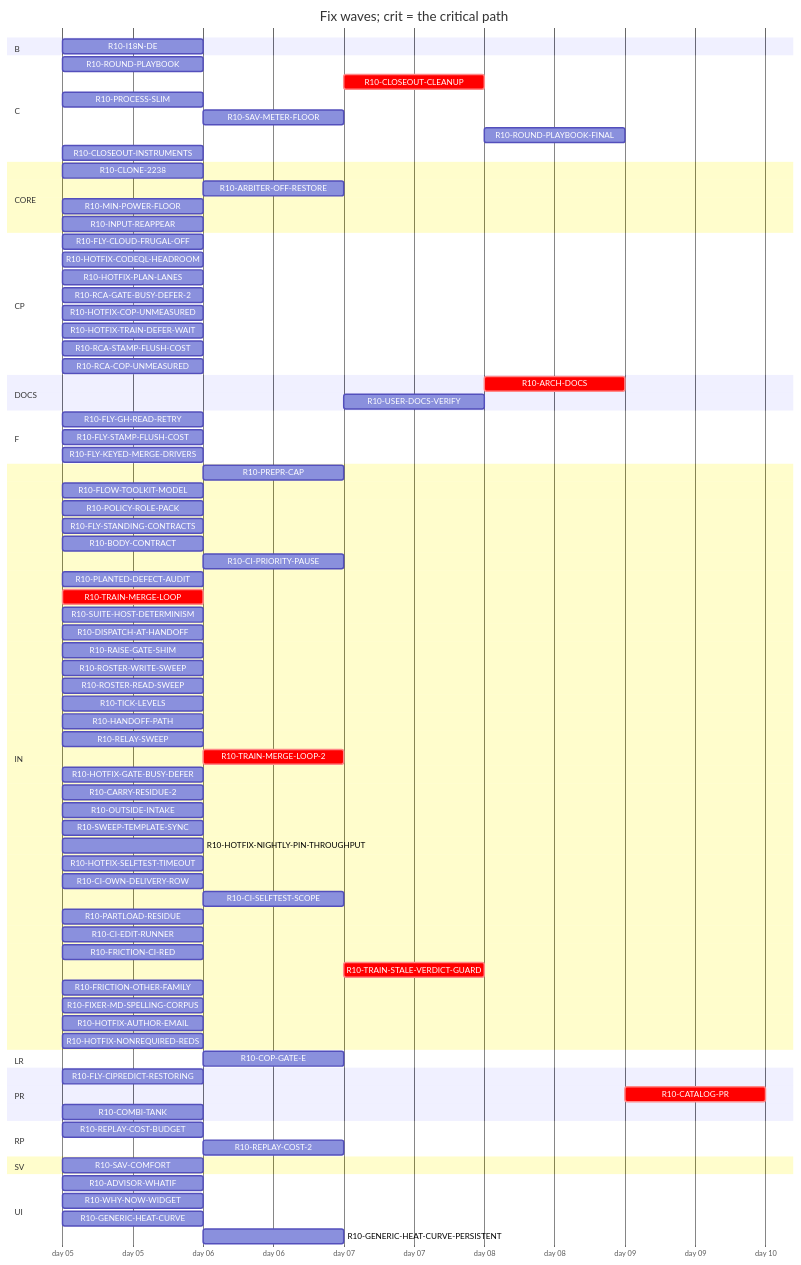
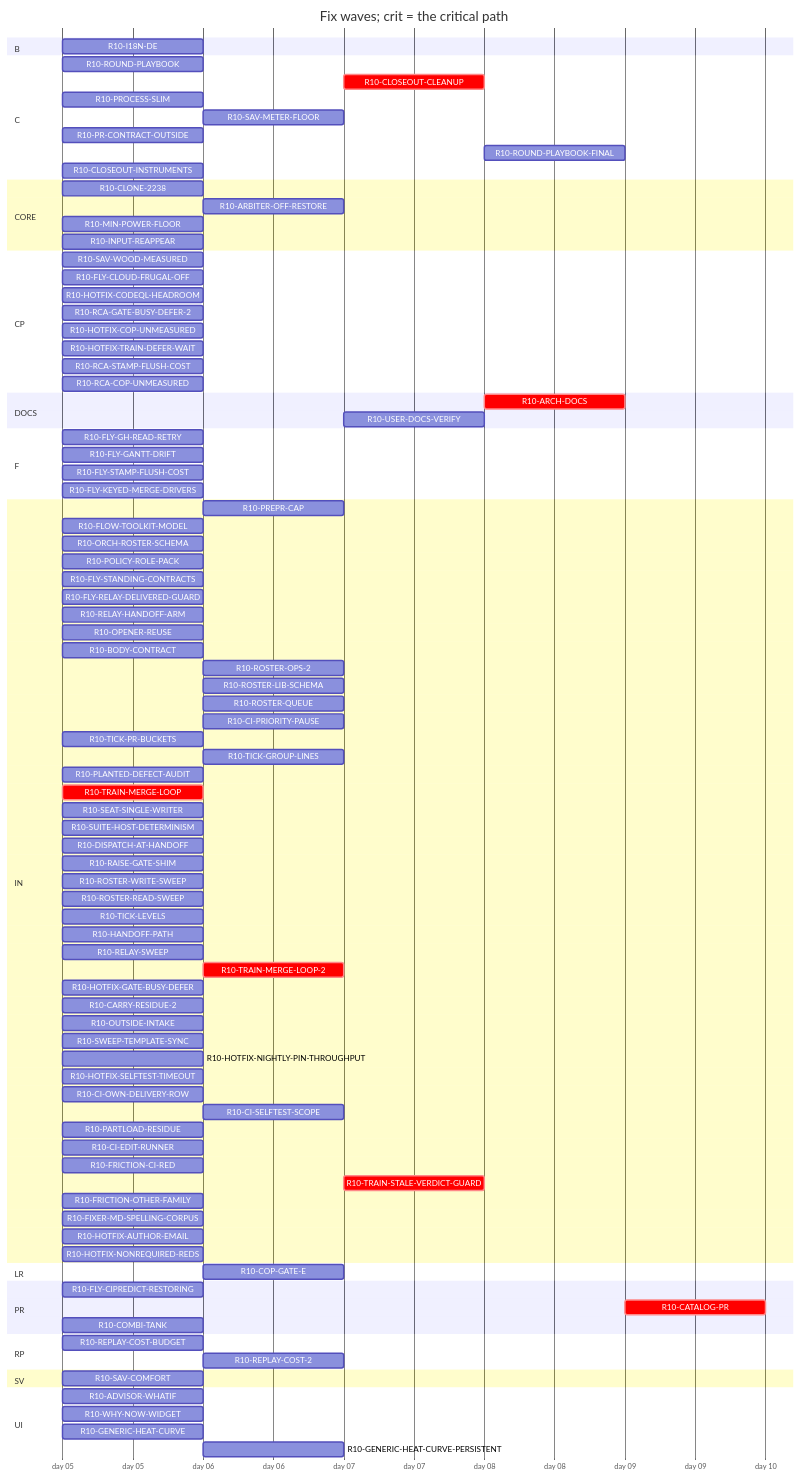
One commit to tvofi/heatpump_optimizer changed the diagram in handoff/round10/state/PLAN-TABLE.md. Above: the diagram before and after it, drawn with Mermaid. The commit also changed other lines of this file and 3 other files, not shown here.

Commit message:
state: FLOW-BOARD.md, NEXT-SESSION-PROMPT.md, PLAN-TABLE.md, RESUME-CURRENT.md regenerated (state_docs.py)

```diff
--- a/handoff/round10/state/PLAN-TABLE.md
+++ b/handoff/round10/state/PLAN-TABLE.md
@@ -34,7 +34,8 @@
     R10-CLOSEOUT-CLEANUP :crit, r10CLOSEOUTCLEANUP, after r10ARCHDOCS r10USERDOCSVERIFY r10ROUNDPLAYBOOKFINAL r10CLOSEOUTINSTRUMENTS r10RCAGATEBUSYDEFER2 r10RCASTAMPFLUSHCOST r10RCACOPUNMEASURED r10FRICTIONCIRED r10FRICTIONOTHERFAMILY, 1d
     R10-PROCESS-SLIM :r10PROCESSSLIM, 2026-01-05, 1d
     R10-SAV-METER-FLOOR :r10SAVMETERFLOOR, after r10SAVCOMFORT, 1d
-    R10-ROUND-PLAYBOOK-FINAL :r10ROUNDPLAYBOOKFINAL, after r10PREPRCAP r10HANDOFFPATH r10RELAYSWEEP r10TRAINMERGELOOP r10DISPATCHATHANDOFF r10BODYCONTRACT r10TICKLEVELS r10CIPRIORITYPAUSE r10ROSTERWRITESWEEP r10ROSTERREADSWEEP r10FLYSTANDINGCONTRACTS r10POLICYROLEPACK r10FLOWTOOLKITMODEL r10FLYCIPREDICTRESTORING r10RAISEGATESHIM r10PLANTEDDEFECTAUDIT r10FLYGHREADRETRY r10SUITEHOSTDETERMINISM r10ROUNDPLAYBOOK r10PROCESSSLIM r10TRAINMERGELOOP2 r10HOTFIXGATEBUSYDEFER r10CARRYRESIDUE2 r10REPLAYCOST2 r10HOTFIXCODEQLHEADROOM r10OUTSIDEINTAKE r10HOTFIXPLANLANES r10SWEEPTEMPLATESYNC r10HOTFIXNIGHTLYPINTHROUGHPUT r10HOTFIXSELFTESTTIMEOUT r10FLYSTAMPFLUSHCOST r10HOTFIXTRAINDEFERWAIT r10CIOWNDELIVERYROW r10CISELFTESTSCOPE r10CIEDITRUNNER r10TRAINSTALEVERDICTGUARD r10CLOSEOUTINSTRUMENTS r10FRICTIONCIRED r10FRICTIONOTHERFAMILY r10FIXERMDSPELLINGCORPUS, 1d
+    R10-PR-CONTRACT-OUTSIDE :r10PRCONTRACTOUTSIDE, 2026-01-05, 1d
+    R10-ROUND-PLAYBOOK-FINAL :r10ROUNDPLAYBOOKFINAL, after r10PREPRCAP r10HANDOFFPATH r10RELAYSWEEP r10TRAINMERGELOOP r10DISPATCHATHANDOFF r10BODYCONTRACT r10TICKLEVELS r10CIPRIORITYPAUSE r10ROSTERWRITESWEEP r10ROSTERREADSWEEP r10FLYSTANDINGCONTRACTS r10POLICYROLEPACK r10FLOWTOOLKITMODEL r10FLYCIPREDICTRESTORING r10RAISEGATESHIM r10PLANTEDDEFECTAUDIT r10FLYGHREADRETRY r10SUITEHOSTDETERMINISM r10ROUNDPLAYBOOK r10PROCESSSLIM r10TRAINMERGELOOP2 r10HOTFIXGATEBUSYDEFER r10CARRYRESIDUE2 r10REPLAYCOST2 r10HOTFIXCODEQLHEADROOM r10OUTSIDEINTAKE r10SWEEPTEMPLATESYNC r10HOTFIXNIGHTLYPINTHROUGHPUT r10HOTFIXSELFTESTTIMEOUT r10FLYSTAMPFLUSHCOST r10HOTFIXTRAINDEFERWAIT r10CIOWNDELIVERYROW r10CISELFTESTSCOPE r10CIEDITRUNNER r10TRAINSTALEVERDICTGUARD r10CLOSEOUTINSTRUMENTS r10FRICTIONCIRED r10FRICTIONOTHERFAMILY r10FIXERMDSPELLINGCORPUS, 1d
     R10-CLOSEOUT-INSTRUMENTS :r10CLOSEOUTINSTRUMENTS, 2026-01-05, 1d
   section CORE
     R10-CLONE-2238 :r10CLONE2238, 2026-01-05, 1d
@@ -42,30 +43,41 @@
     R10-MIN-POWER-FLOOR :r10MINPOWERFLOOR, 2026-01-05, 1d
     R10-INPUT-REAPPEAR :r10INPUTREAPPEAR, 2026-01-05, 1d
   section CP
+    R10-SAV-WOOD-MEASURED :r10SAVWOODMEASURED, 2026-01-05, 1d
     R10-FLY-CLOUD-FRUGAL-OFF :r10FLYCLOUDFRUGALOFF, 2026-01-05, 1d
     R10-HOTFIX-CODEQL-HEADROOM :r10HOTFIXCODEQLHEADROOM, 2026-01-05, 1d
-    R10-HOTFIX-PLAN-LANES :r10HOTFIXPLANLANES, 2026-01-05, 1d
     R10-RCA-GATE-BUSY-DEFER-2 :r10RCAGATEBUSYDEFER2, 2026-01-05, 1d
     R10-HOTFIX-COP-UNMEASURED :r10HOTFIXCOPUNMEASURED, 2026-01-05, 1d
     R10-HOTFIX-TRAIN-DEFER-WAIT :r10HOTFIXTRAINDEFERWAIT, 2026-01-05, 1d
     R10-RCA-STAMP-FLUSH-COST :r10RCASTAMPFLUSHCOST, 2026-01-05, 1d
     R10-RCA-COP-UNMEASURED :r10RCACOPUNMEASURED, 2026-01-05, 1d
   section DOCS
-    R10-ARCH-DOCS :crit, r10ARCHDOCS, after r10CLONE2238 r10SAVCOMFORT r10WHYNOWWIDGET r10ADVISORWHATIF r10REPLAYCOSTBUDGET r10PREPRCAP r10HANDOFFPATH r10RELAYSWEEP r10TRAINMERGELOOP r10DISPATCHATHANDOFF r10BODYCONTRACT r10TICKLEVELS r10CIPRIORITYPAUSE r10ROSTERWRITESWEEP r10ROSTERREADSWEEP r10FLYSTANDINGCONTRACTS r10POLICYROLEPACK r10FLOWTOOLKITMODEL r10FLYCIPREDICTRESTORING r10RAISEGATESHIM r10PLANTEDDEFECTAUDIT r10FLYGHREADRETRY r10SUITEHOSTDETERMINISM r10PROCESSSLIM r10SAVMETERFLOOR r10HOTFIXCOPUNMEASURED r10COPGATEE r10PARTLOADRESIDUE r10I18NDE r10GENERICHEATCURVE r10GENERICHEATCURVEPERSISTENT r10ARBITEROFFRESTORE r10TRAINMERGELOOP2 r10HOTFIXGATEBUSYDEFER r10CARRYRESIDUE2 r10REPLAYCOST2 r10HOTFIXCODEQLHEADROOM r10OUTSIDEINTAKE r10HOTFIXPLANLANES r10SWEEPTEMPLATESYNC r10HOTFIXNIGHTLYPINTHROUGHPUT r10HOTFIXSELFTESTTIMEOUT r10FLYSTAMPFLUSHCOST r10HOTFIXTRAINDEFERWAIT r10CIOWNDELIVERYROW r10CISELFTESTSCOPE r10CIEDITRUNNER r10TRAINSTALEVERDICTGUARD r10COMBITANK r10CLOSEOUTINSTRUMENTS r10MINPOWERFLOOR r10ROUNDPLAYBOOK r10RCAGATEBUSYDEFER2 r10FRICTIONCIRED r10FRICTIONOTHERFAMILY r10RCASTAMPFLUSHCOST r10RCACOPUNMEASURED r10INPUTREAPPEAR, 1d
+    R10-ARCH-DOCS :crit, r10ARCHDOCS, after r10CLONE2238 r10SAVCOMFORT r10WHYNOWWIDGET r10ADVISORWHATIF r10REPLAYCOSTBUDGET r10PREPRCAP r10HANDOFFPATH r10RELAYSWEEP r10TRAINMERGELOOP r10DISPATCHATHANDOFF r10BODYCONTRACT r10TICKLEVELS r10CIPRIORITYPAUSE r10ROSTERWRITESWEEP r10ROSTERREADSWEEP r10FLYSTANDINGCONTRACTS r10POLICYROLEPACK r10FLOWTOOLKITMODEL r10FLYCIPREDICTRESTORING r10RAISEGATESHIM r10PLANTEDDEFECTAUDIT r10FLYGHREADRETRY r10SUITEHOSTDETERMINISM r10PROCESSSLIM r10SAVMETERFLOOR r10HOTFIXCOPUNMEASURED r10COPGATEE r10PARTLOADRESIDUE r10I18NDE r10GENERICHEATCURVE r10GENERICHEATCURVEPERSISTENT r10ARBITEROFFRESTORE r10TRAINMERGELOOP2 r10HOTFIXGATEBUSYDEFER r10CARRYRESIDUE2 r10REPLAYCOST2 r10HOTFIXCODEQLHEADROOM r10OUTSIDEINTAKE r10SWEEPTEMPLATESYNC r10HOTFIXNIGHTLYPINTHROUGHPUT r10HOTFIXSELFTESTTIMEOUT r10FLYSTAMPFLUSHCOST r10HOTFIXTRAINDEFERWAIT r10CIOWNDELIVERYROW r10CISELFTESTSCOPE r10CIEDITRUNNER r10TRAINSTALEVERDICTGUARD r10COMBITANK r10CLOSEOUTINSTRUMENTS r10MINPOWERFLOOR r10ROUNDPLAYBOOK r10RCAGATEBUSYDEFER2 r10FRICTIONCIRED r10FRICTIONOTHERFAMILY r10RCASTAMPFLUSHCOST r10RCACOPUNMEASURED r10INPUTREAPPEAR, 1d
     R10-USER-DOCS-VERIFY :r10USERDOCSVERIFY, after r10CLONE2238 r10SAVCOMFORT r10WHYNOWWIDGET r10ADVISORWHATIF r10SAVMETERFLOOR r10HOTFIXCOPUNMEASURED r10COPGATEE r10PARTLOADRESIDUE r10I18NDE r10GENERICHEATCURVE r10GENERICHEATCURVEPERSISTENT r10ARBITEROFFRESTORE r10COMBITANK r10MINPOWERFLOOR r10INPUTREAPPEAR, 1d
   section F
     R10-FLY-GH-READ-RETRY :r10FLYGHREADRETRY, 2026-01-05, 1d
+    R10-FLY-GANTT-DRIFT :r10FLYGANTTDRIFT, 2026-01-05, 1d
     R10-FLY-STAMP-FLUSH-COST :r10FLYSTAMPFLUSHCOST, 2026-01-05, 1d
     R10-FLY-KEYED-MERGE-DRIVERS :r10FLYKEYEDMERGEDRIVERS, 2026-01-05, 1d
   section IN
     R10-PREPR-CAP :r10PREPRCAP, after r10PROCESSSLIM, 1d
     R10-FLOW-TOOLKIT-MODEL :r10FLOWTOOLKITMODEL, 2026-01-05, 1d
+    R10-ORCH-ROSTER-SCHEMA :r10ORCHROSTERSCHEMA, 2026-01-05, 1d
     R10-POLICY-ROLE-PACK :r10POLICYROLEPACK, 2026-01-05, 1d
     R10-FLY-STANDING-CONTRACTS :r10FLYSTANDINGCONTRACTS, 2026-01-05, 1d
+    R10-FLY-RELAY-DELIVERED-GUARD :r10FLYRELAYDELIVEREDGUARD, 2026-01-05, 1d
+    R10-RELAY-HANDOFF-ARM :r10RELAYHANDOFFARM, 2026-01-05, 1d
+    R10-OPENER-REUSE :r10OPENERREUSE, 2026-01-05, 1d
     R10-BODY-CONTRACT :r10BODYCONTRACT, 2026-01-05, 1d
+    R10-ROSTER-OPS-2 :r10ROSTEROPS2, after r10ORCHROSTERSCHEMA, 1d
+    R10-ROSTER-LIB-SCHEMA :r10ROSTERLIBSCHEMA, after r10ORCHROSTERSCHEMA, 1d
+    R10-ROSTER-QUEUE :r10ROSTERQUEUE, after r10ORCHROSTERSCHEMA, 1d
     R10-CI-PRIORITY-PAUSE :r10CIPRIORITYPAUSE, after r10TICKLEVELS, 1d
+    R10-TICK-PR-BUCKETS :r10TICKPRBUCKETS, 2026-01-05, 1d
+    R10-TICK-GROUP-LINES :r10TICKGROUPLINES, after r10ORCHROSTERSCHEMA, 1d
     R10-PLANTED-DEFECT-AUDIT :r10PLANTEDDEFECTAUDIT, 2026-01-05, 1d
     R10-TRAIN-MERGE-LOOP :crit, r10TRAINMERGELOOP, 2026-01-05, 1d
+    R10-SEAT-SINGLE-WRITER :r10SEATSINGLEWRITER, 2026-01-05, 1d
     R10-SUITE-HOST-DETERMINISM :r10SUITEHOSTDETERMINISM, 2026-01-05, 1d
     R10-DISPATCH-AT-HANDOFF :r10DISPATCHATHANDOFF, 2026-01-05, 1d
     R10-RAISE-GATE-SHIM :r10RAISEGATESHIM, 2026-01-05, 1d
```
